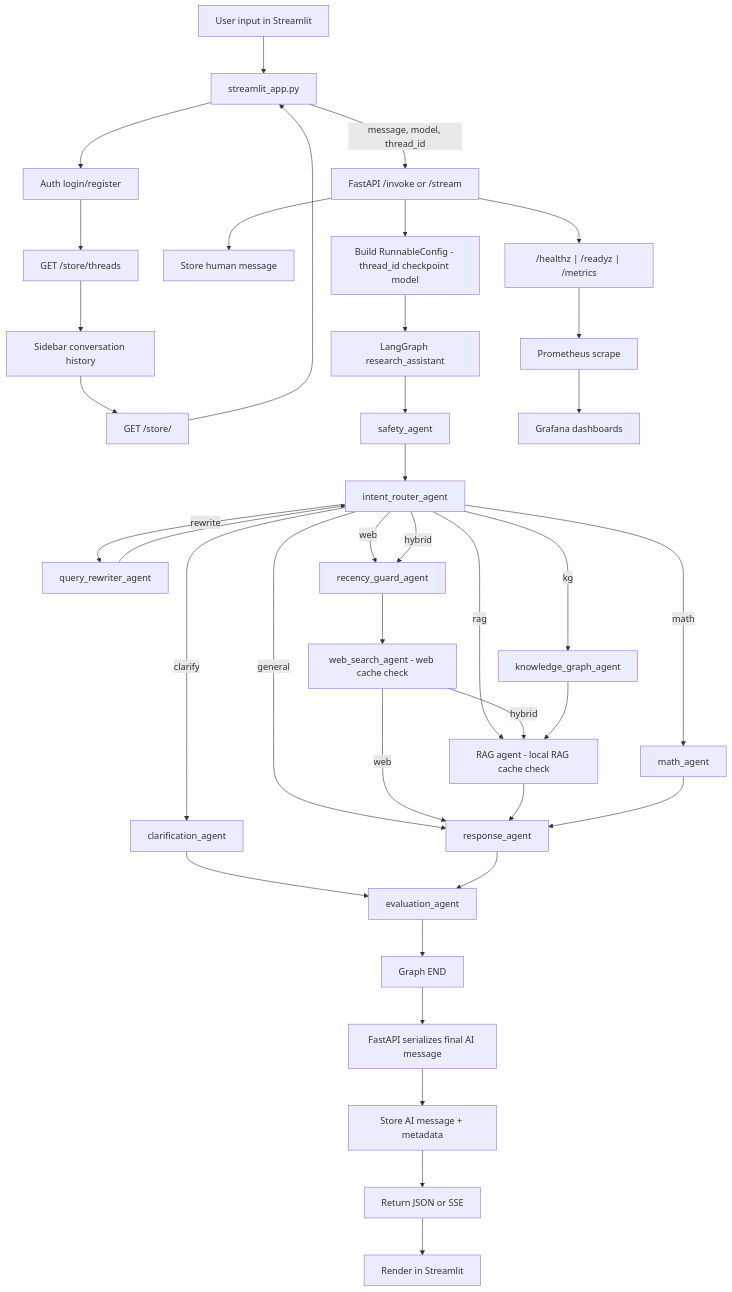
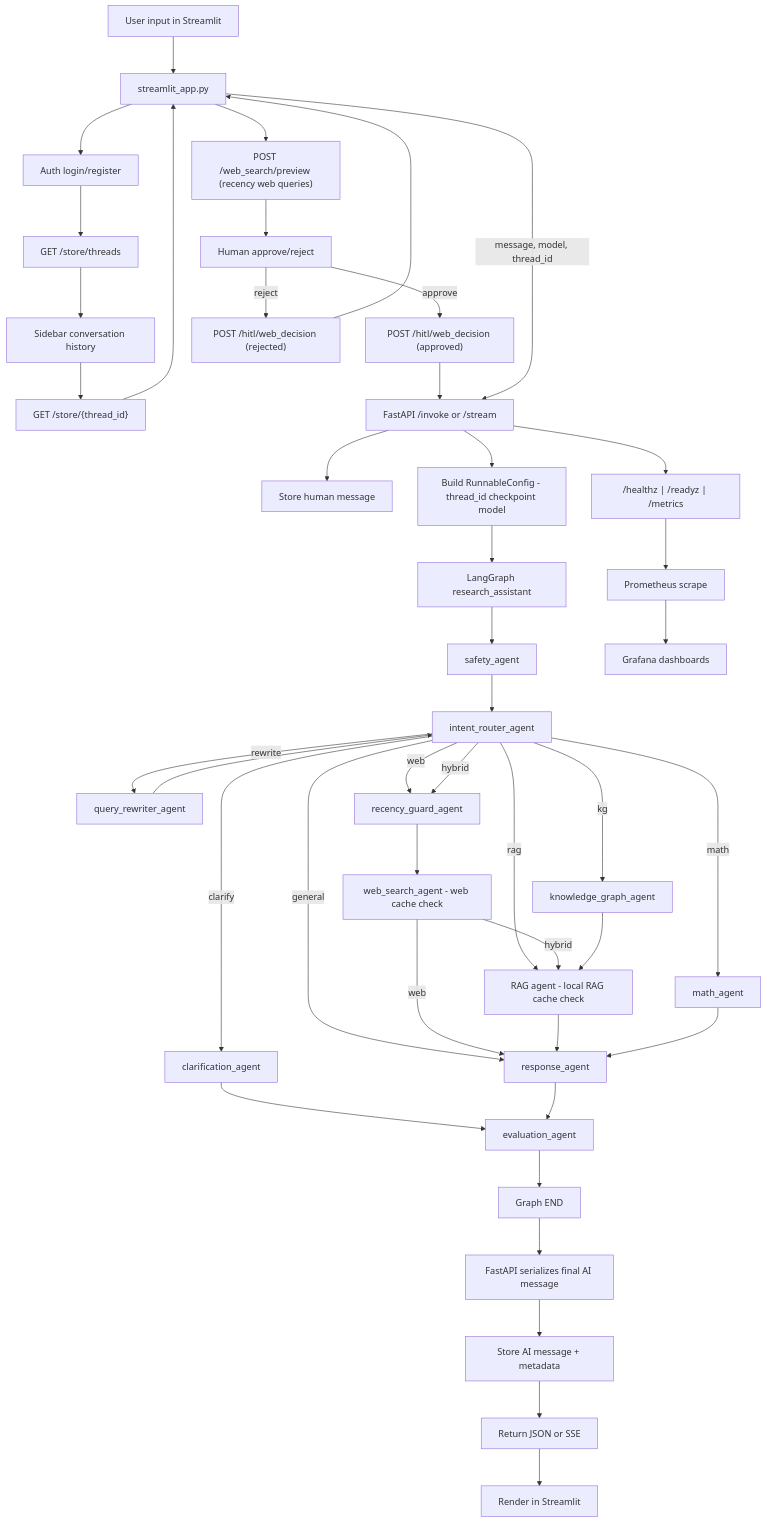
One commit to Theepankumargandhi/Multi-Agent-Orchestration changed the first of 2 diagrams in README.md. Above: the diagram before and after it, drawn with Mermaid. The commit also changed other lines of this file and 7 other files, not shown here.

Commit message:
Add HITL audit trail and update runtime docs/flow

````diff
--- a/README.md
+++ b/README.md
@@ -59,49 +61,55 @@
 ```mermaid
 %%{init: {"flowchart":{"nodeSpacing":45,"rankSpacing":65},"themeVariables":{"fontSize":"16px"}}}%%
 flowchart TD
     U[User input in Streamlit] --> ST[streamlit_app.py]
     ST --> AUTH[Auth login/register]
     AUTH --> THR[GET /store/threads]
     THR --> TSEL[Sidebar conversation history]
-    TSEL --> HIST[GET /store/<thread_id>]
+    TSEL --> HIST["GET /store/{thread_id}"]
     HIST --> ST
+    ST --> PREV["POST /web_search/preview (recency web queries)"]
+    PREV --> HR[Human approve/reject]
+    HR -->|approve| AUDA["POST /hitl/web_decision (approved)"]
+    HR -->|reject| AUDR["POST /hitl/web_decision (rejected)"]
+    AUDA --> API
+    AUDR --> ST
     ST -->|message, model, thread_id| API[FastAPI /invoke or /stream]
 
     API --> STOREH[Store human message]
     API --> CFG[Build RunnableConfig - thread_id checkpoint model]
     CFG --> LG[LangGraph research_assistant]
 
     LG --> SA[safety_agent]
     SA --> IR[intent_router_agent]
 
     IR -->|clarify| CA[clarification_agent]
     IR -->|rewrite| QR[query_rewriter_agent]
     QR --> IR
 
     IR -->|math| MA[math_agent]
     IR -->|web| RG[recency_guard_agent]
     IR -->|kg| KG[knowledge_graph_agent]
     IR -->|rag| RA[rag_agent]
     IR -->|hybrid| RG
     IR -->|general| RESP[response_agent]
 
     RG --> WS[web_search_agent - web cache check]
     WS -->|web| RESP
     WS -->|hybrid| RA
     KG --> RA
     RA[RAG agent - local RAG cache check] --> RESP
     MA --> RESP
 
     CA --> EVA[evaluation_agent]
     RESP --> EVA
     EVA --> END[Graph END]
 
     END --> APIOUT[FastAPI serializes final AI message]
     APIOUT --> STOREA[Store AI message + metadata]
     STOREA --> RET[Return JSON or SSE]
     RET --> UI[Render in Streamlit]
 
     API --> OPS["/healthz | /readyz | /metrics"]
     OPS --> PROM[Prometheus scrape]
     PROM --> GRAF[Grafana dashboards]
 ```
````
